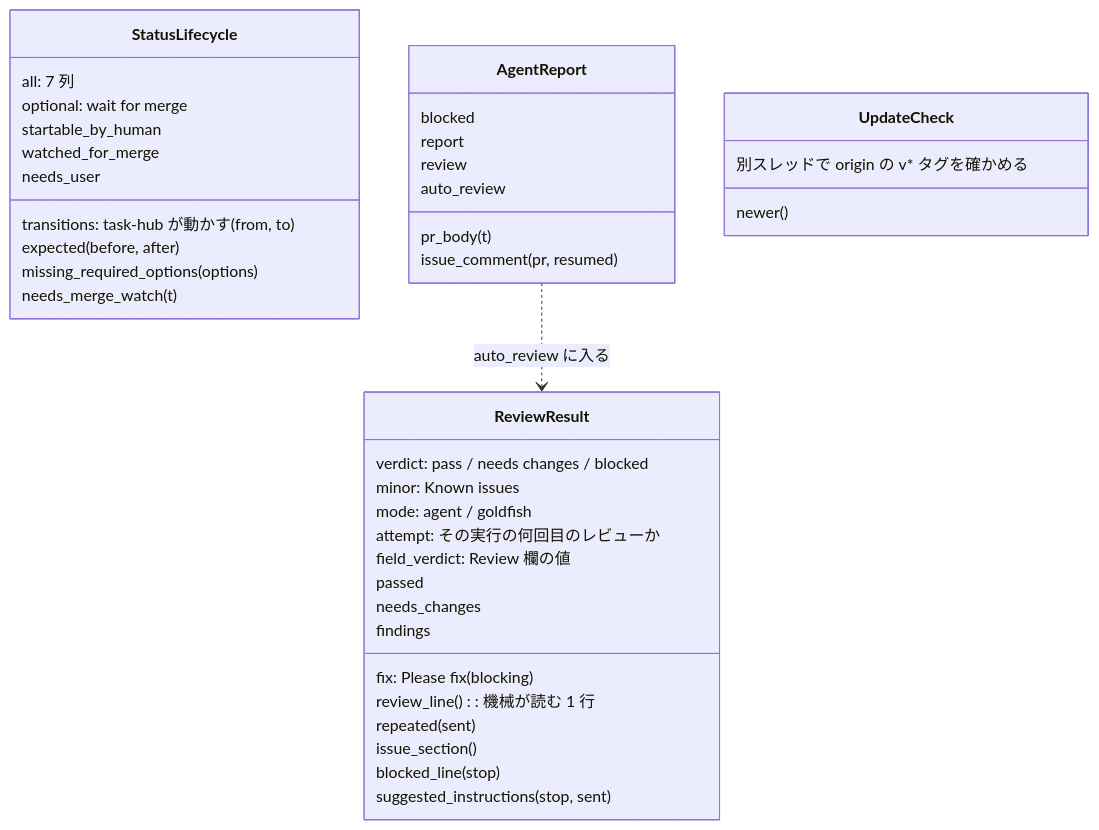
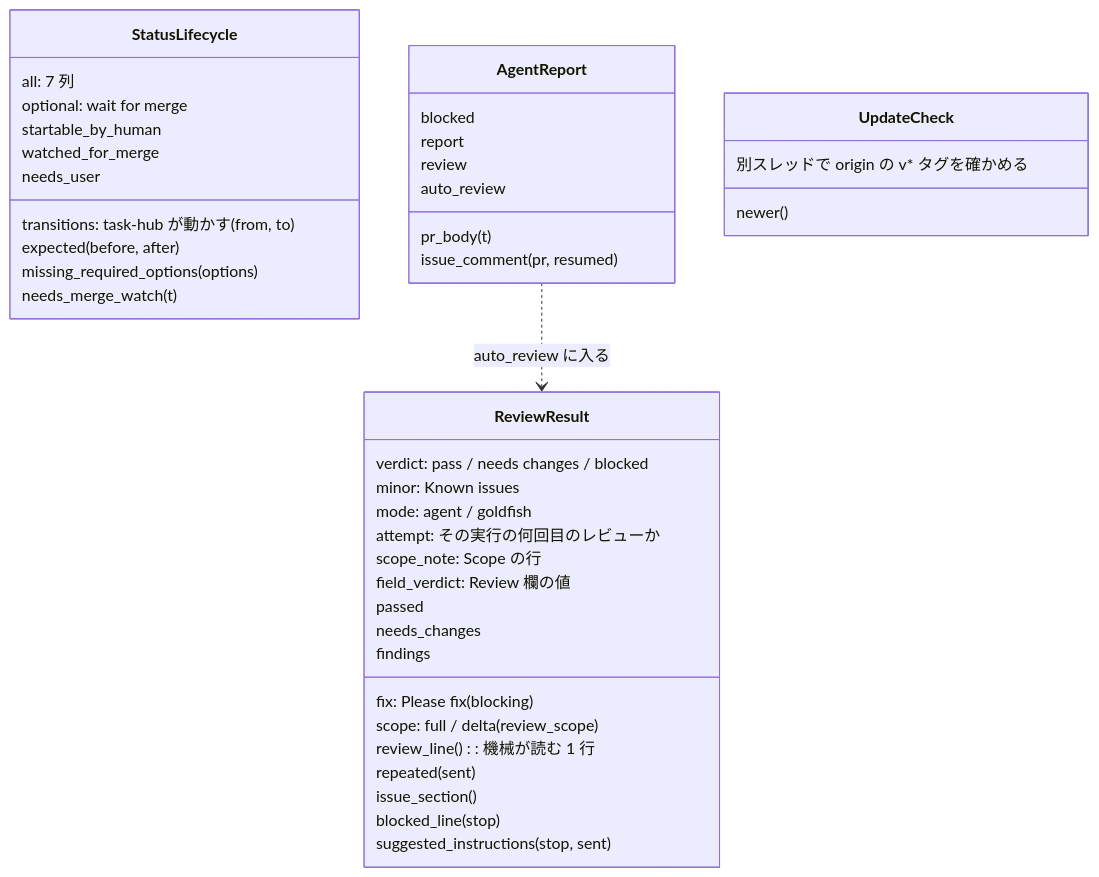
One commit to jyoka/task-hub changed the second of 10 diagrams in docs/architecture/lld.md. Above: the diagram before and after it, drawn with Mermaid. The commit also changed other lines of this file and 9 other files, not shown here.

````diff
--- a/docs/architecture/lld.md
+++ b/docs/architecture/lld.md
@@ -80,43 +80,45 @@
 ```mermaid
 classDiagram
     class StatusLifecycle {
         all: 7 列
         optional: wait for merge
         startable_by_human
         watched_for_merge
         needs_user
         transitions: task-hub が動かす (from, to)
         expected(before, after)
         missing_required_options(options)
         needs_merge_watch(t)
     }
     class AgentReport {
         blocked
         report
         review
         auto_review
         pr_body(t)
         issue_comment(pr, resumed)
     }
     class ReviewResult {
         verdict: pass / needs changes / blocked
         fix: Please fix(blocking)
         minor: Known issues
         mode: agent / goldfish
         attempt: その実行の何回目のレビューか
+        scope: full / delta(review_scope)
+        scope_note: Scope の行
         field_verdict: Review 欄の値
         review_line(): 機械が読む 1 行
         passed
         needs_changes
         findings
         repeated(sent)
         issue_section()
         blocked_line(stop)
         suggested_instructions(stop, sent)
     }
     class UpdateCheck {
         別スレッドで origin の v* タグを確かめる
         newer()
     }
     AgentReport ..> ReviewResult : auto_review に入る
 ```
````
